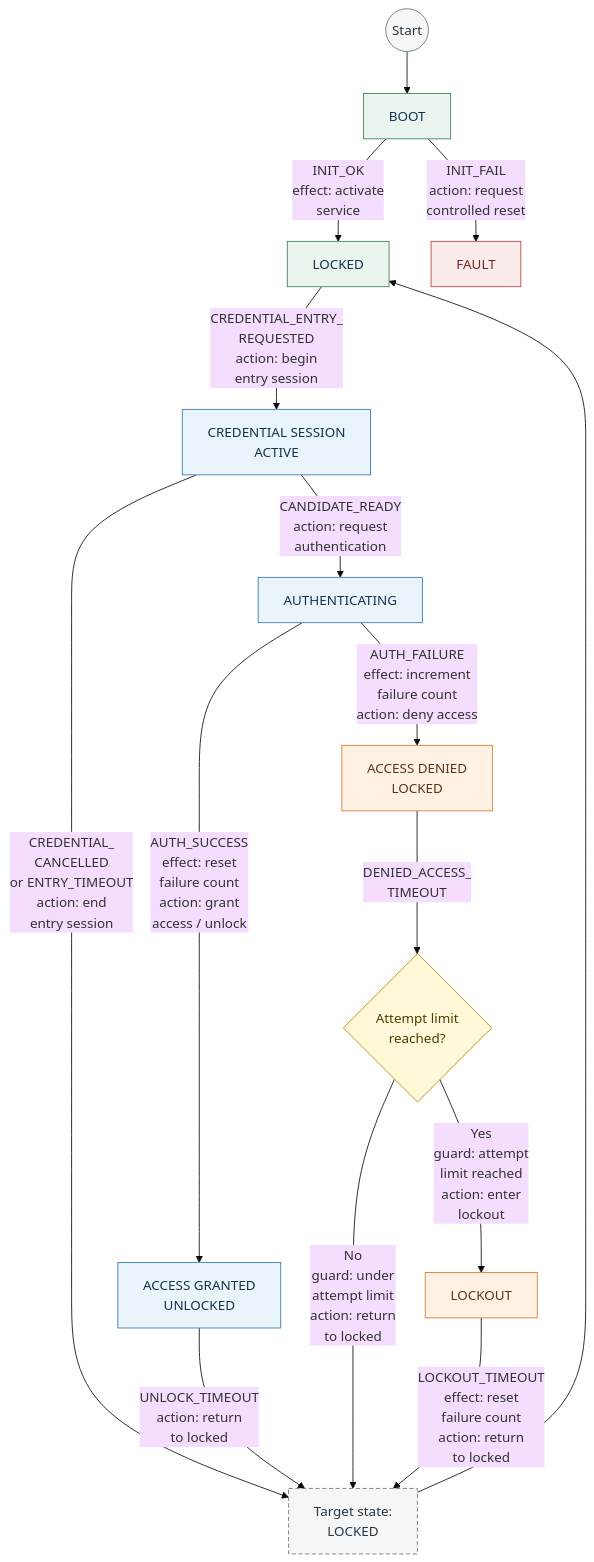
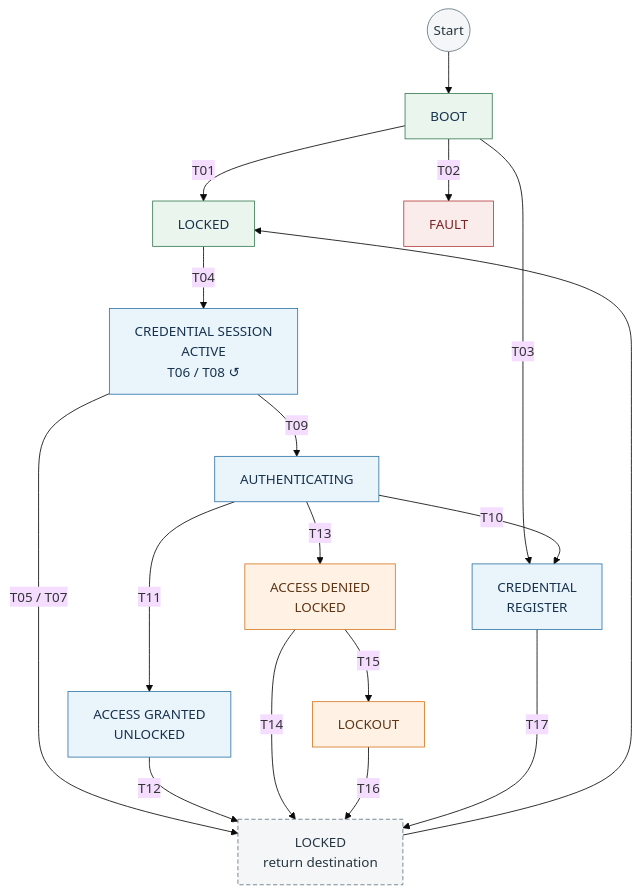
Before and after one commit to JP-REY/STM32F103C8T6-Based-Electronic-Lock: the second of 5 diagrams in Libs/Services/Lock_Control/README.md, drawn with Mermaid (base theme). The commit also changed other lines of this file and 6 other files, not shown here.

First line of the commit message:
feature(lock-control): add credential register state and authorization flow

````diff
--- a/Libs/Services/Lock_Control/README.md
+++ b/Libs/Services/Lock_Control/README.md
@@ -397,37 +429,37 @@
 ```mermaid
 flowchart TB
     START((Start)) --> BOOT["BOOT"]
 
-    BOOT -->|"INIT_OK<br/>effect: activate<br/>service"| LOCKED["LOCKED"]
-    BOOT -->|"INIT_FAIL<br/>action: request<br/>controlled reset"| FAULT["FAULT"]
+    BOOT -->|T01| LOCKED["LOCKED"]
+    BOOT -->|T02| FAULT["FAULT"]
+    BOOT -->|T03| REGISTER["CREDENTIAL<br/>REGISTER"]
 
-    LOCKED -->|"CREDENTIAL_ENTRY_<br/>REQUESTED<br/>action: begin<br/>entry session"| ENTRY["CREDENTIAL SESSION<br/>ACTIVE"]
-    ENTRY -->|"CANDIDATE_READY<br/>action: request<br/>authentication"| AUTH["AUTHENTICATING"]
-    ENTRY -->|"CREDENTIAL_<br/>CANCELLED<br/>or ENTRY_TIMEOUT<br/>action: end<br/>entry session"| TO_LOCKED["Target state:<br/>LOCKED"]
+    LOCKED -->|T04| ENTRY["CREDENTIAL SESSION<br/>ACTIVE<br/>T06 / T08 ↺"]
+    ENTRY -->|T09| AUTH["AUTHENTICATING"]
+    ENTRY -->|"T05 / T07"| TO_LOCKED["LOCKED<br/>return destination"]
 
-    AUTH -->|"AUTH_SUCCESS<br/>effect: reset<br/>failure count<br/>action: grant<br/>access / unlock"| GRANTED["ACCESS GRANTED<br/>UNLOCKED"]
-    AUTH -->|"AUTH_FAILURE<br/>effect: increment<br/>failure count<br/>action: deny access"| DENIED["ACCESS DENIED<br/>LOCKED"]
+    AUTH -->|T10| REGISTER
+    AUTH -->|T11| GRANTED["ACCESS GRANTED<br/>UNLOCKED"]
+    AUTH -->|T13| DENIED["ACCESS DENIED<br/>LOCKED"]
 
-    GRANTED -->|"UNLOCK_TIMEOUT<br/>action: return<br/>to locked"| TO_LOCKED
-    DENIED -->|"DENIED_ACCESS_<br/>TIMEOUT"| LIMIT{"Attempt limit<br/>reached?"}
-    LIMIT -->|"No<br/>guard: under<br/>attempt limit<br/>action: return<br/>to locked"| TO_LOCKED
-    LIMIT -->|"Yes<br/>guard: attempt<br/>limit reached<br/>action: enter<br/>lockout"| LOCKOUT["LOCKOUT"]
-    LOCKOUT -->|"LOCKOUT_TIMEOUT<br/>effect: reset<br/>failure count<br/>action: return<br/>to locked"| TO_LOCKED
+    GRANTED -->|T12| TO_LOCKED
+    DENIED -->|T14| TO_LOCKED
+    DENIED -->|T15| LOCKOUT["LOCKOUT"]
+    LOCKOUT -->|T16| TO_LOCKED
+    REGISTER -->|T17| TO_LOCKED
     TO_LOCKED --> LOCKED
 
     classDef initial fill:#f4f6f7,stroke:#667681,color:#263642
     classDef secure fill:#eaf5ed,stroke:#3d7e57,color:#17324d
     classDef active fill:#eaf4fb,stroke:#3478a8,color:#17324d
     classDef denied fill:#fff2e5,stroke:#d77a27,color:#5e3514
-    classDef decision fill:#fff8d9,stroke:#ad8b00,color:#4d4100
     classDef connector fill:#f4f6f7,stroke:#667681,color:#263642,stroke-dasharray: 5 3
     classDef fault fill:#fbecec,stroke:#b54040,color:#7a2525
 
     class START initial
     class BOOT,LOCKED secure
-    class ENTRY,AUTH,GRANTED active
+    class ENTRY,AUTH,GRANTED,REGISTER active
     class DENIED,LOCKOUT denied
-    class LIMIT decision
     class TO_LOCKED connector
     class FAULT fault
 ```
````
